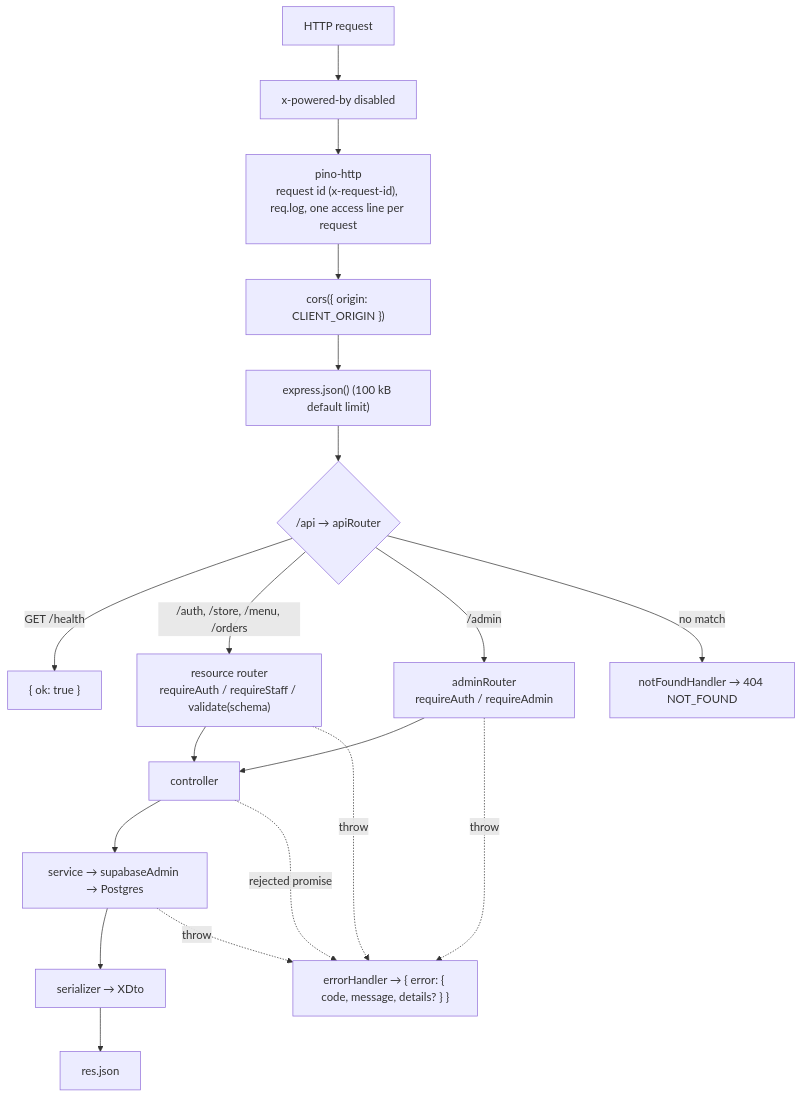
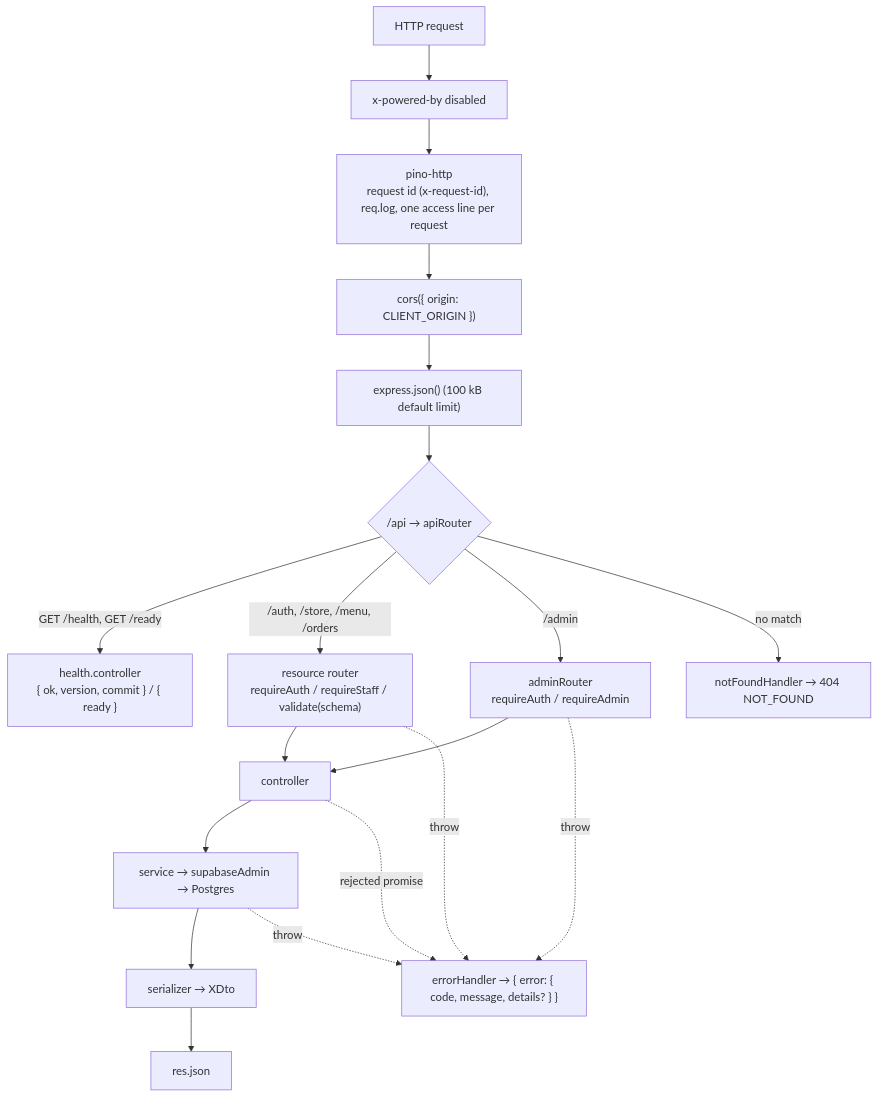
Before and after one commit to The-KhaNha/KhaNha: the diagram in docs/BACKEND_STRUCTURE.md, drawn with Mermaid. The commit also changed other lines of this file and 30 other files, not shown here.

First line of the commit message:
feat: health version, readiness probe, keep-alive and client version header

````diff
--- a/docs/BACKEND_STRUCTURE.md
+++ b/docs/BACKEND_STRUCTURE.md
@@ -46,19 +48,19 @@
 ```mermaid
 flowchart TD
   Req["HTTP request"] --> XPB["x-powered-by disabled"]
   XPB --> Pino["pino-http<br/>request id (x-request-id), req.log, one access line per request"]
   Pino --> Cors["cors({ origin: CLIENT_ORIGIN })"]
   Cors --> Json["express.json() (100 kB default limit)"]
   Json --> Api{"/api → apiRouter"}
-  Api -->|"GET /health"| Health["{ ok: true }"]
+  Api -->|"GET /health, GET /ready"| Health["health.controller<br/>{ ok, version, commit } / { ready }"]
   Api -->|"/auth, /store, /menu, /orders"| Router["resource router<br/>requireAuth / requireStaff / validate(schema)"]
   Api -->|"/admin"| AdminR["adminRouter<br/>requireAuth / requireAdmin"]
   Router --> Ctl["controller"] --> Svc["service → supabaseAdmin → Postgres"]
   AdminR --> Ctl
   Svc --> Ser["serializer → XDto"] --> Res["res.json"]
   Api -->|"no match"| NF["notFoundHandler → 404 NOT_FOUND"]
   Router -. "throw" .-> EH["errorHandler → { error: { code, message, details? } }"]
   AdminR -. "throw" .-> EH
   Ctl -. "rejected promise" .-> EH
   Svc -. "throw" .-> EH
 ```
````
